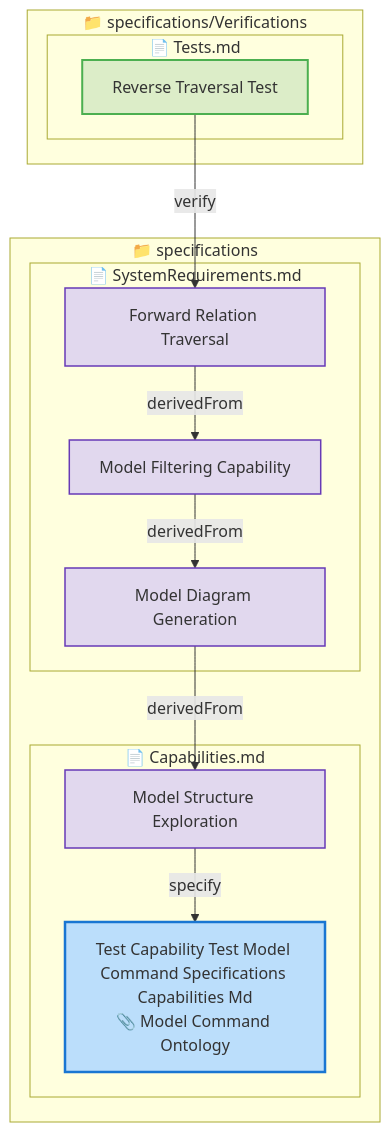
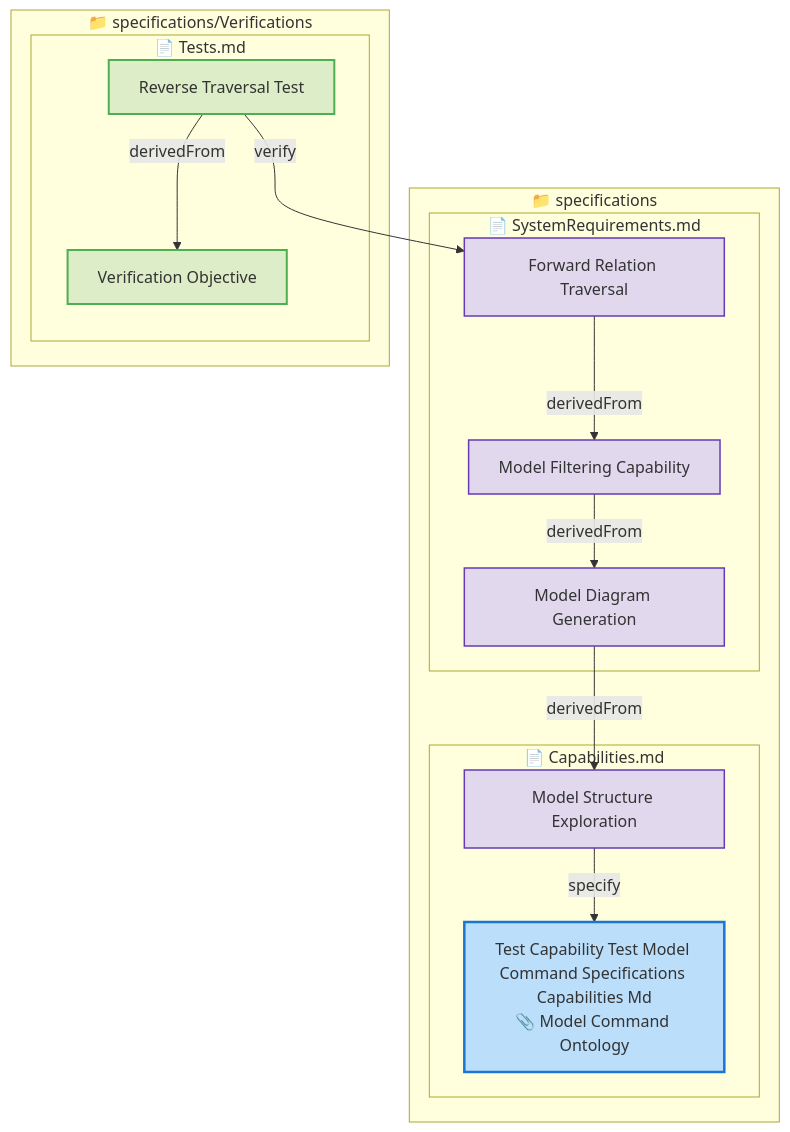
The sixth of 6 diagrams in tests/test-model-command/expected/expected_reverse_filter_output.md (reqvire-org/reqvire), drawn with Mermaid before and after one commit. The commit also changed other lines of this file and 134 other files, not shown here.

````diff
--- a/tests/test-model-command/expected/expected_reverse_filter_output.md
+++ b/tests/test-model-command/expected/expected_reverse_filter_output.md
@@ -258,45 +278,49 @@
 ```mermaid
 graph TD
   classDef capability fill:#BBDEFB,stroke:#1976D2,stroke-width:2.5px;
   classDef systemRequirement fill:#E1D8EE,stroke:#673AB7,stroke-width:1.5px;
   classDef ontology fill:#F4E3A1,stroke:#B08A00,stroke-width:2px;
   classDef verification fill:#DCEDC8,stroke:#4CAF50,stroke-width:2px;
   classDef default fill:#F5F5F5,stroke:#424242,stroke-width:1.5px;
 
   classDef folder fill:#FAFAFA,stroke:#9E9E9E,stroke-width:3px;
   classDef file fill:#FFF8E1,stroke:#FFCA28,stroke-width:2px;
 
   subgraph 9d68b769fcbc79d0["📁 specifications"]
     subgraph afe26fd45621e6a["📄 Capabilities.md"]
       458b8fd2c32e6014["Model Structure Exploration"];
       class 458b8fd2c32e6014 systemRequirement;
       click 458b8fd2c32e6014 "specifications/Capabilities.md#model-structure-exploration";
       8c7466173ee6b05d["Test Capability Test Model Command Specifications Capabilities Md<br/>📎 Model Command Ontology"];
       class 8c7466173ee6b05d capability;
       click 8c7466173ee6b05d "specifications/Capabilities.md#test-capability-test-model-command-specifications-capabilities-md";
     end
     subgraph 77808752d543f615["📄 SystemRequirements.md"]
       f7eb2f9d9cd7bb11["Forward Relation Traversal"];
       class f7eb2f9d9cd7bb11 systemRequirement;
       click f7eb2f9d9cd7bb11 "specifications/SystemRequirements.md#forward-relation-traversal";
       b7ec4bb3813f1dea["Model Diagram Generation"];
       class b7ec4bb3813f1dea systemRequirement;
       click b7ec4bb3813f1dea "specifications/SystemRequirements.md#model-diagram-generation";
       836c732a54d7f48f["Model Filtering Capability"];
       class 836c732a54d7f48f systemRequirement;
       click 836c732a54d7f48f "specifications/SystemRequirements.md#model-filtering-capability";
     end
   end
   subgraph 9f0649e759bd2822["📁 specifications/Verifications"]
     subgraph 7d9dffd79ed1d5b8["📄 Tests.md"]
       fb891ab92c9824aa["Reverse Traversal Test"];
       class fb891ab92c9824aa verification;
       click fb891ab92c9824aa "specifications/Verifications/Tests.md#reverse-traversal-test";
+      ca7cfe254517fe63["Verification Objective"];
+      class ca7cfe254517fe63 verification;
+      click ca7cfe254517fe63 "specifications/Verifications/Tests.md#verification-objective";
     end
   end
+  fb891ab92c9824aa -->|derivedFrom| ca7cfe254517fe63;
   fb891ab92c9824aa -->|verify| f7eb2f9d9cd7bb11;
   f7eb2f9d9cd7bb11 -->|derivedFrom| 836c732a54d7f48f;
   836c732a54d7f48f -->|derivedFrom| b7ec4bb3813f1dea;
   b7ec4bb3813f1dea -->|derivedFrom| 458b8fd2c32e6014;
   458b8fd2c32e6014 -->|specify| 8c7466173ee6b05d;
 ```
````
